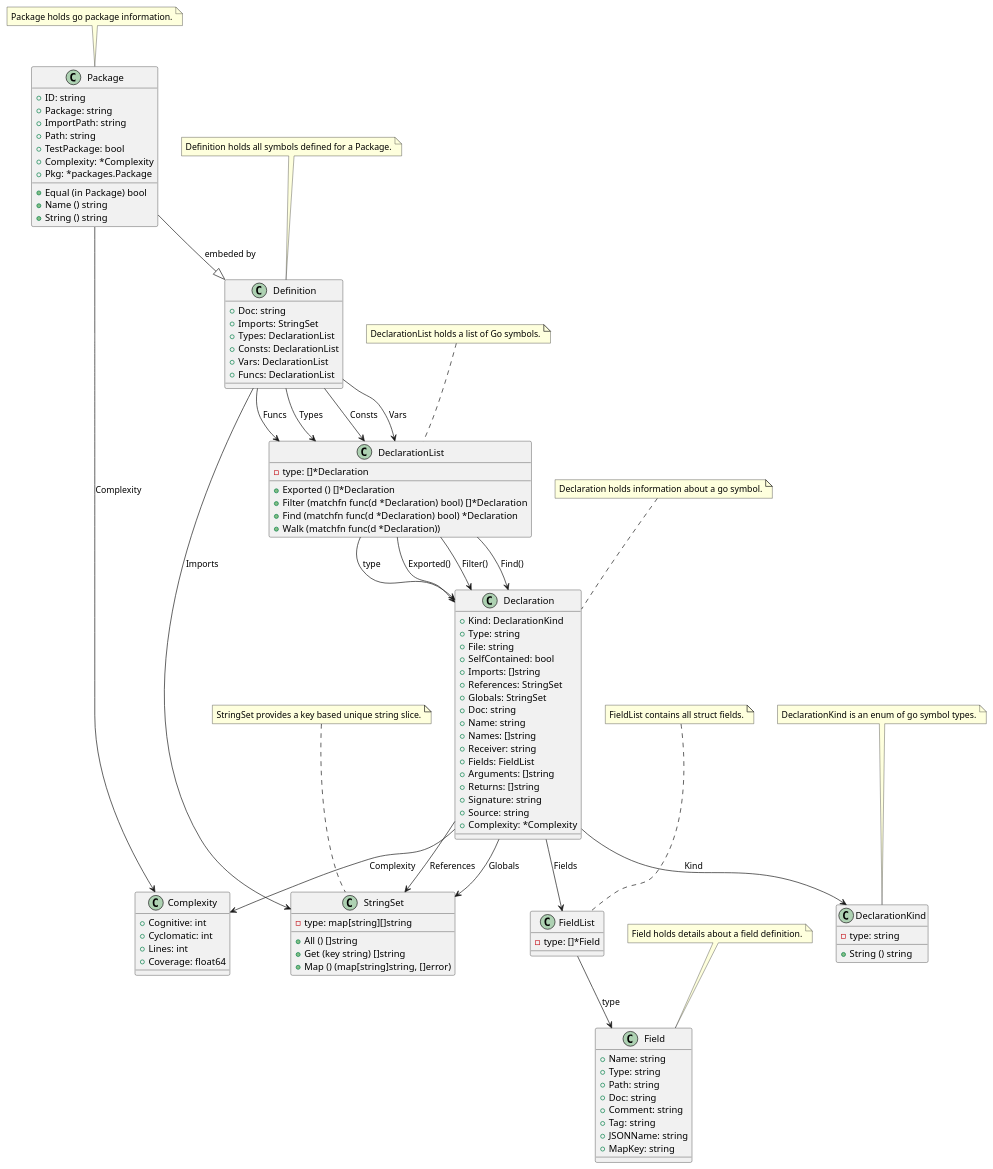
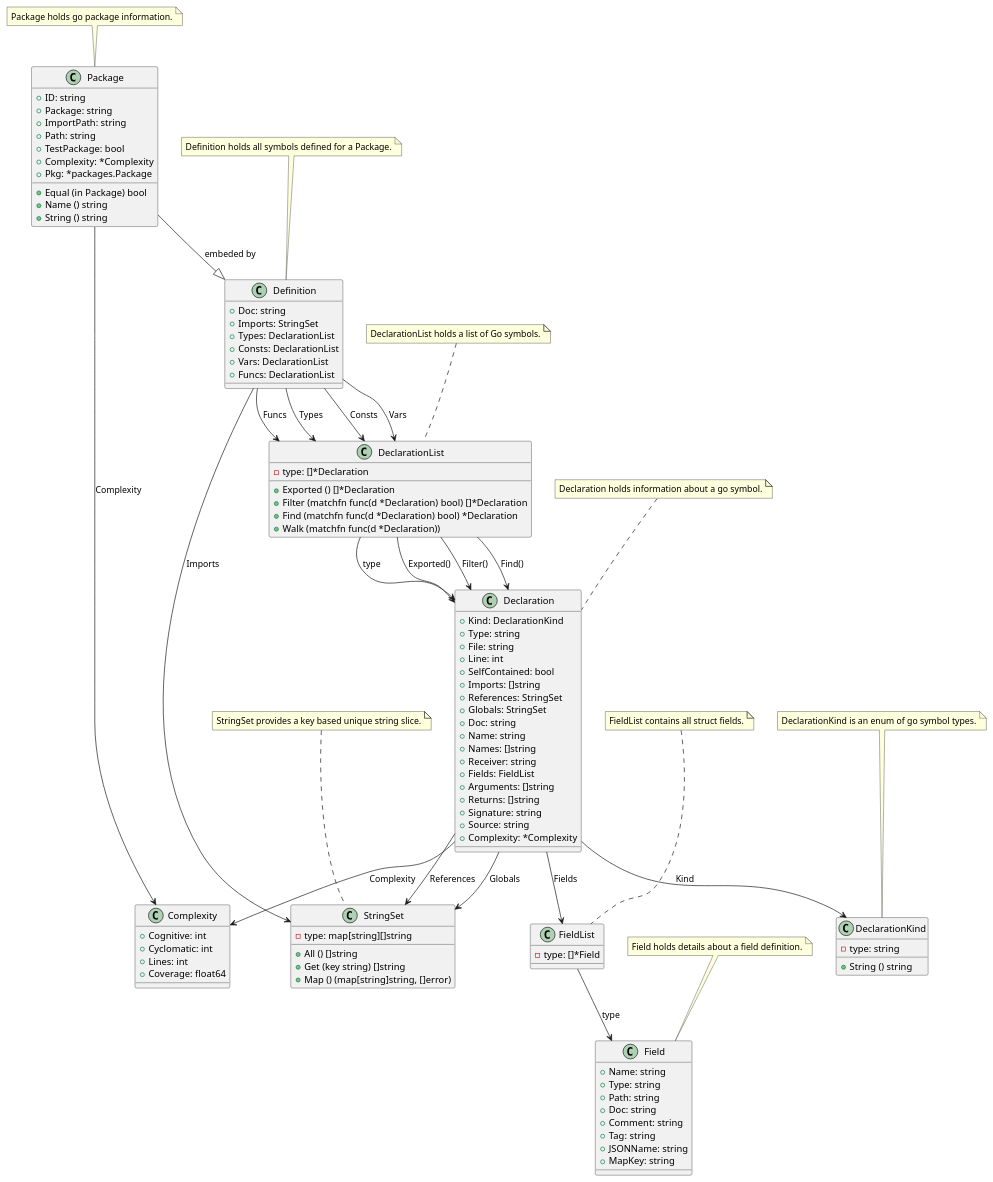
The diagram in cmd/go-fsck/model/restored/go-fsck.puml (titpetric/exp), drawn with PlantUML before and after one commit. The commit also changed 7 other files, not shown here.

```diff
--- a/cmd/go-fsck/model/restored/go-fsck.puml
+++ b/cmd/go-fsck/model/restored/go-fsck.puml
@@ -1,154 +1,155 @@
 @startuml
 
 class Complexity {
   + Cognitive: int
   + Cyclomatic: int
   + Lines: int
   + Coverage: float64
 }
 
 class Declaration {
   + Kind: DeclarationKind
   + Type: string
   + File: string
+  + Line: int
   + SelfContained: bool
   + Imports: []string
   + References: StringSet
   + Globals: StringSet
   + Doc: string
   + Name: string
   + Names: []string
   + Receiver: string
   + Fields: FieldList
   + Arguments: []string
   + Returns: []string
   + Signature: string
   + Source: string
   + Complexity: *Complexity
 }
 
 class DeclarationKind {
   - type: string
   + String () string
 }
 
 class DeclarationList {
   - type: []*Declaration
   + Exported () []*Declaration
   + Filter (matchfn func(d *Declaration) bool) []*Declaration
   + Find (matchfn func(d *Declaration) bool) *Declaration
   + Walk (matchfn func(d *Declaration))
 }
 
 class Definition {
   + Doc: string
   + Imports: StringSet
   + Types: DeclarationList
   + Consts: DeclarationList
   + Vars: DeclarationList
   + Funcs: DeclarationList
 }
 
 class Field {
   + Name: string
   + Type: string
   + Path: string
   + Doc: string
   + Comment: string
   + Tag: string
   + JSONName: string
   + MapKey: string
 }
 
 class FieldList {
   - type: []*Field
 }
 
 class Package {
   + ID: string
   + Package: string
   + ImportPath: string
   + Path: string
   + TestPackage: bool
   + Complexity: *Complexity
   + Pkg: *packages.Package
   + Equal (in Package) bool
   + Name () string
   + String () string
 }
 
 class StringSet {
   - type: map[string][]string
   + All () []string
   + Get (key string) []string
   + Map () (map[string]string, []error)
 }
 
 
 Declaration --> DeclarationKind : Kind
 Declaration --> StringSet : References
 Declaration --> StringSet : Globals
 Declaration --> FieldList : Fields
 Declaration --> Complexity : Complexity
 
 note top of Declaration
 Declaration holds information about a go symbol.
 end note
 
 
 
 note top of DeclarationKind
 DeclarationKind is an enum of go symbol types.
 end note
 
 
 DeclarationList --> Declaration : type
 
 note top of DeclarationList
 DeclarationList holds a list of Go symbols.
 end note
 
 
 DeclarationList --> Declaration : Exported()
 DeclarationList --> Declaration : Filter()
 DeclarationList --> Declaration : Find()
 Package --|> Definition : embeded by
 Definition --> StringSet : Imports
 Definition --> DeclarationList : Types
 Definition --> DeclarationList : Consts
 Definition --> DeclarationList : Vars
 Definition --> DeclarationList : Funcs
 
 note top of Definition
 Definition holds all symbols defined for a Package.
 end note
 
 
 
 note top of Field
 Field holds details about a field definition.
 end note
 
 
 FieldList --> Field : type
 
 note top of FieldList
 FieldList contains all struct fields.
 end note
 
 
 Package --> Complexity : Complexity
 
 note top of Package
 Package holds go package information.
 end note
 
 
 
 note top of StringSet
 StringSet provides a key based unique string slice.
 end note
 
 
 
 @enduml
```
